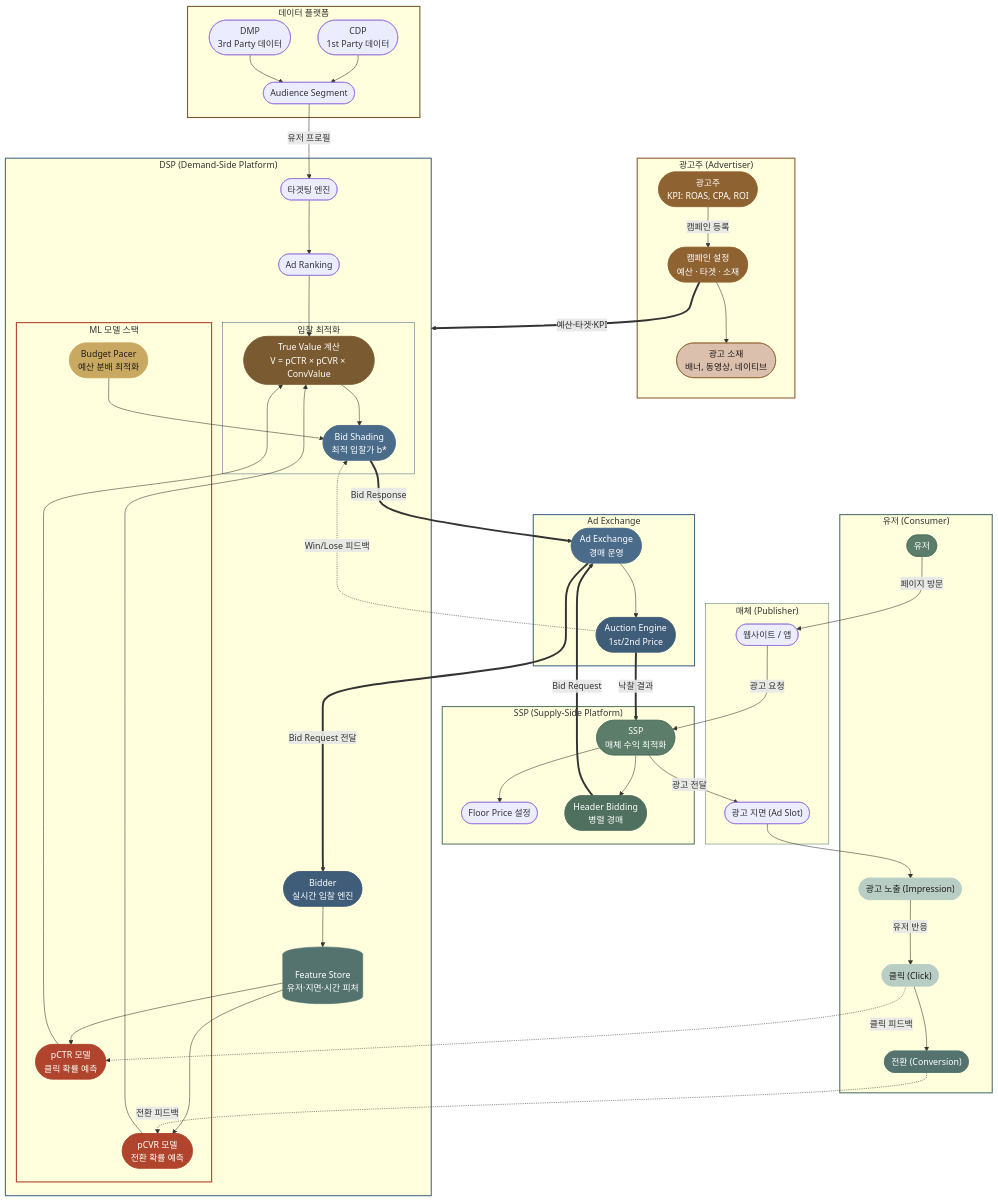
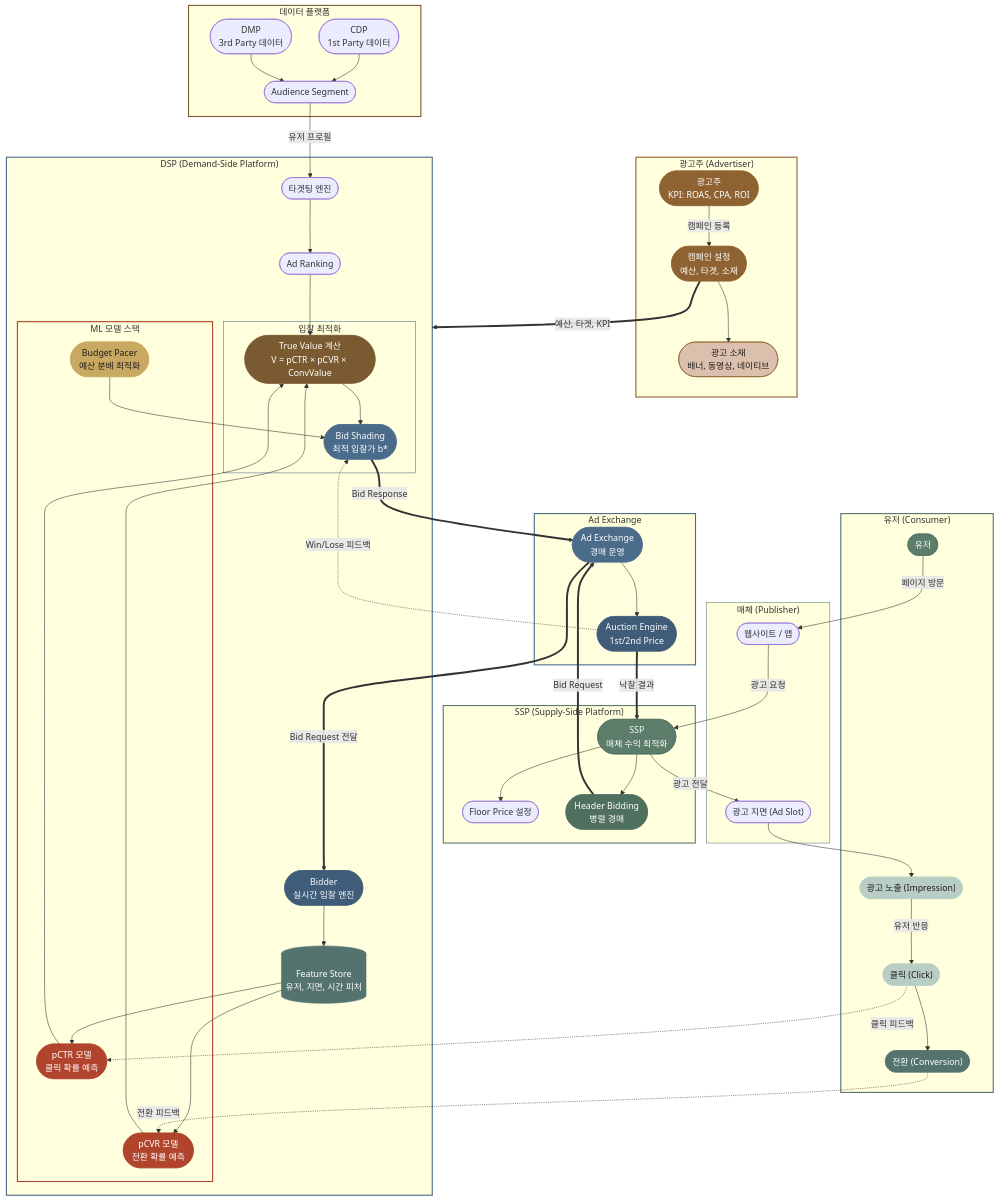
Before and after one commit to chkimsu/adtech-blog: the diagram in posts/adtech-ecosystem-map.md, drawn with Mermaid. The commit also changed other lines of this file and 25 other files, not shown here.

```diff
--- a/posts/adtech-ecosystem-map.md
+++ b/posts/adtech-ecosystem-map.md
@@ -12,7 +12,7 @@
 graph TB
   subgraph Advertiser["광고주 (Advertiser)"]
     ADV(["광고주<br/>KPI: ROAS, CPA, ROI"])
-    CAMP(["캠페인 설정<br/>예산 · 타겟 · 소재"])
+    CAMP(["캠페인 설정<br/>예산, 타겟, 소재"])
     CREATIVE(["광고 소재<br/>배너, 동영상, 네이티브"])
   end
 
@@ -32,7 +32,7 @@
 
     TARGETING(["타겟팅 엔진"])
     ADSELECT(["Ad Ranking"])
-    FEAT[("Feature Store<br/>유저·지면·시간 피처")]
+    FEAT[("Feature Store<br/>유저, 지면, 시간 피처")]
   end
 
   subgraph DMP_CDP["데이터 플랫폼"]
@@ -66,7 +66,7 @@
 
   ADV -->|캠페인 등록| CAMP
   CAMP --> CREATIVE
-  CAMP ==>|예산·타겟·KPI| DSP_System
+  CAMP ==>|예산, 타겟, KPI| DSP_System
 
   CDP --> SEGMENT
   DMP --> SEGMENT
```
